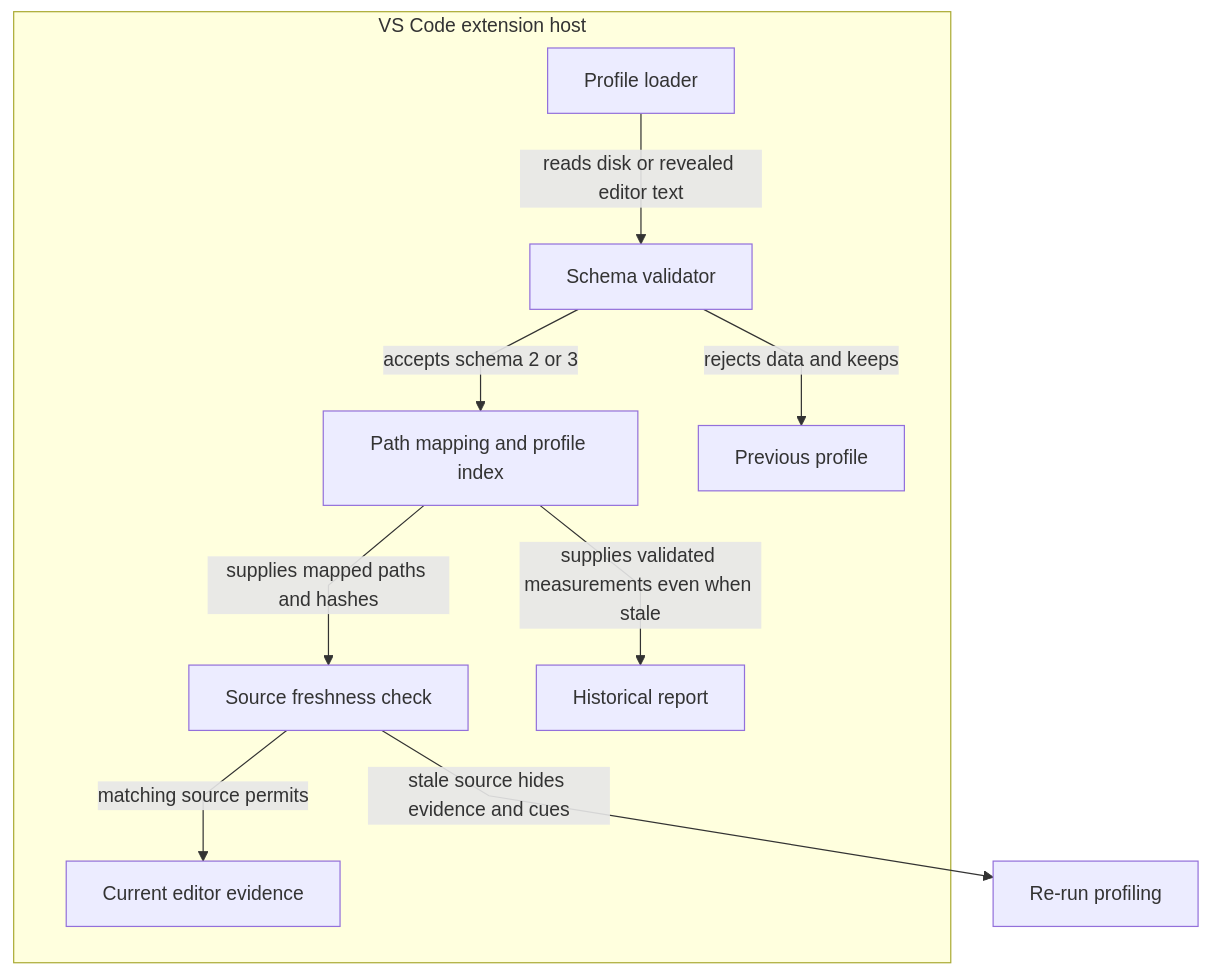
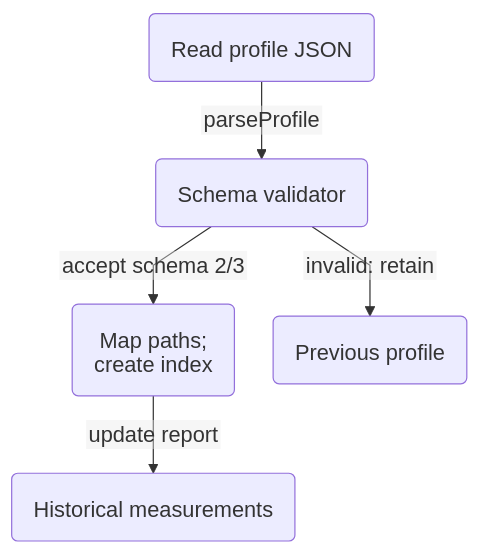
One commit to AashishTangnami/python-memory-guardian changed the eighth of 23 diagrams in docs/feature-map.md. Above: the diagram before and after it, drawn with Mermaid. The commit also changed other lines of this file, not shown here.

Commit message:
updated mermaid diagram for better readibility.

````diff
--- a/docs/feature-map.md
+++ b/docs/feature-map.md
@@ -188,20 +223,8 @@
 ```mermaid
-%%{init: {"fontFamily":"Inter, ui-sans-serif, system-ui, sans-serif","flowchart":{"curve":"linear","nodeSpacing":50,"rankSpacing":60},"layout":"dagre"}}%%
+%%{init: {"fontFamily":"Arial, sans-serif","themeVariables":{"fontSize":"18px","fontFamily":"Arial, sans-serif"},"flowchart":{"curve":"linear","nodeSpacing":32,"rankSpacing":40,"diagramPadding":8,"padding":18,"subGraphTitleMargin":{"top":10,"bottom":24},"htmlLabels":false},"layout":"dagre","htmlLabels":false,"themeCSS":".node rect, .cluster rect { rx: 10px; ry: 10px; } .label, .nodeLabel, .edgeLabel, .cluster-label { letter-spacing: normal; word-spacing: normal; } .edgeLabel rect { stroke: currentColor !important; stroke-width: 1px !important; stroke-dasharray: none; opacity: 1 !important; fill-opacity: 1; rx: 4px; ry: 4px; }"}}%%
 flowchart TD
-    subgraph EXT["VS Code extension host"]
-      Load["Profile loader"]
-      Valid["Schema validator"]
-      Index["Path mapping and profile index"]
-      Fresh["Source freshness check"]
-      Current["Current editor evidence"]
-      Historical["Historical report"]
-      Previous["Previous profile"]
-    end
-    Load -->|reads disk or revealed editor text| Valid
-    Valid -->|accepts schema 2 or 3| Index
-    Valid -->|rejects data and keeps| Previous
-    Index -->|supplies mapped paths and hashes| Fresh
-    Fresh -->|matching source permits| Current
-    Fresh -->|stale source hides evidence and cues| Rerun["Re-run profiling"]
-    Index -->|supplies validated measurements even when stale| Historical
+Load("Read profile JSON") -->|parseProfile| Valid("Schema validator")
+    Valid -->|accept schema 2/3| Index("Map paths;<br/>create index")
+    Valid -->|invalid: retain| Old("Previous profile")
+    Index -->|update report| Report("Historical measurements")
 ```
````
